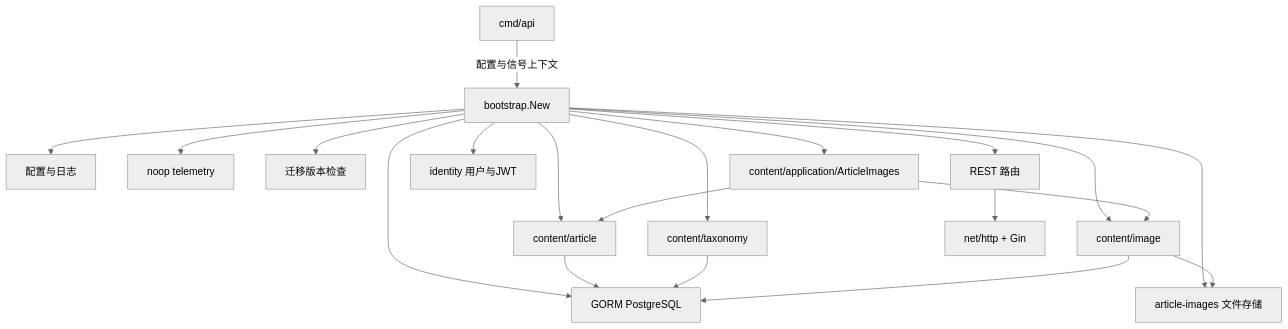
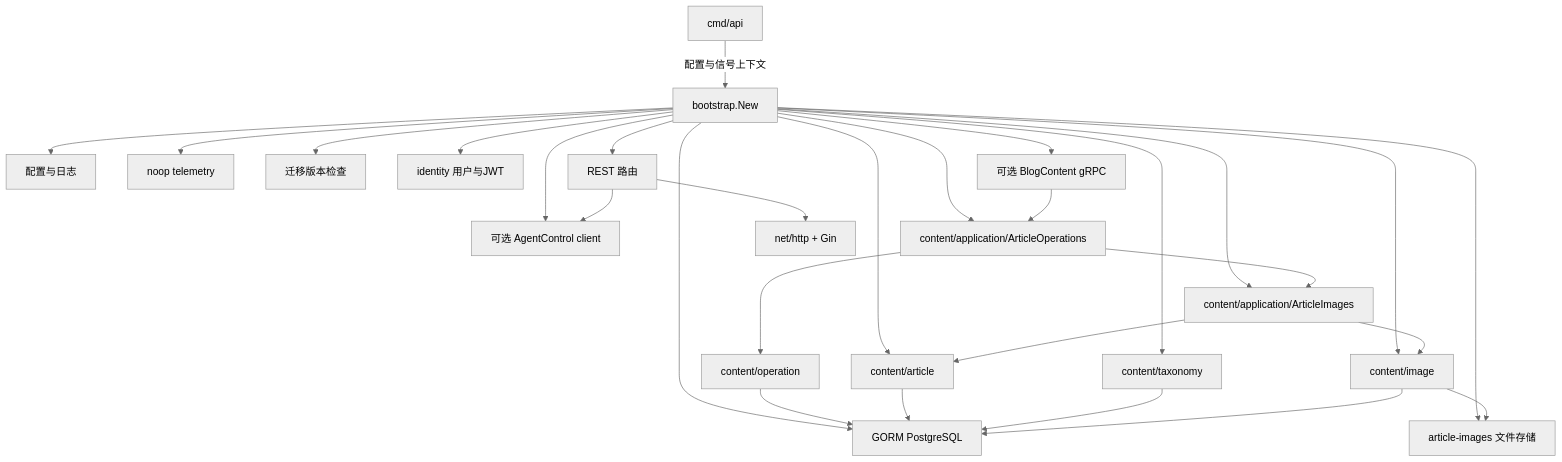
Before and after one commit to PengYuee/SCYG.Blog: the first of 2 diagrams in docs/services/backend/architecture/current-state-architecture.zh-CN.md, drawn with Mermaid (neutral theme). The commit also changed other lines of this file and 378 other files, not shown here.

Commit message:
feat: integrate Blog and Agent with clean protocol cutover

````diff
--- a/docs/services/backend/architecture/current-state-architecture.zh-CN.md
+++ b/docs/services/backend/architecture/current-state-architecture.zh-CN.md
@@ -67,22 +75,30 @@
 ```mermaid
 flowchart TB
     Main[cmd/api] -->|配置与信号上下文| Bootstrap[bootstrap.New]
     Bootstrap --> Config[配置与日志]
     Bootstrap --> Telemetry[noop telemetry]
     Bootstrap --> Database[GORM PostgreSQL]
     Bootstrap --> Migration[迁移版本检查]
     Bootstrap --> Images[article-images 文件存储]
     Bootstrap --> Article[content/article]
     Bootstrap --> Taxonomy[content/taxonomy]
     Bootstrap --> Image[content/image]
     Bootstrap --> Workflow[content/application/ArticleImages]
     Bootstrap --> Identity[identity 用户与JWT]
     Bootstrap --> REST[REST 路由]
+    Bootstrap --> AgentControl[可选 AgentControl client]
+    Bootstrap --> BlogContent[可选 BlogContent gRPC]
+    Bootstrap --> Operations[content/application/ArticleOperations]
+    Operations --> Ledger[content/operation]
+    Operations --> Workflow
+    Ledger --> Database
+    BlogContent --> Operations
+    REST --> AgentControl
     REST --> HTTP[net/http + Gin]
     Article --> Database
     Taxonomy --> Database
     Image --> Database
     Image --> Images
     Workflow --> Article
     Workflow --> Image
 ```
````
